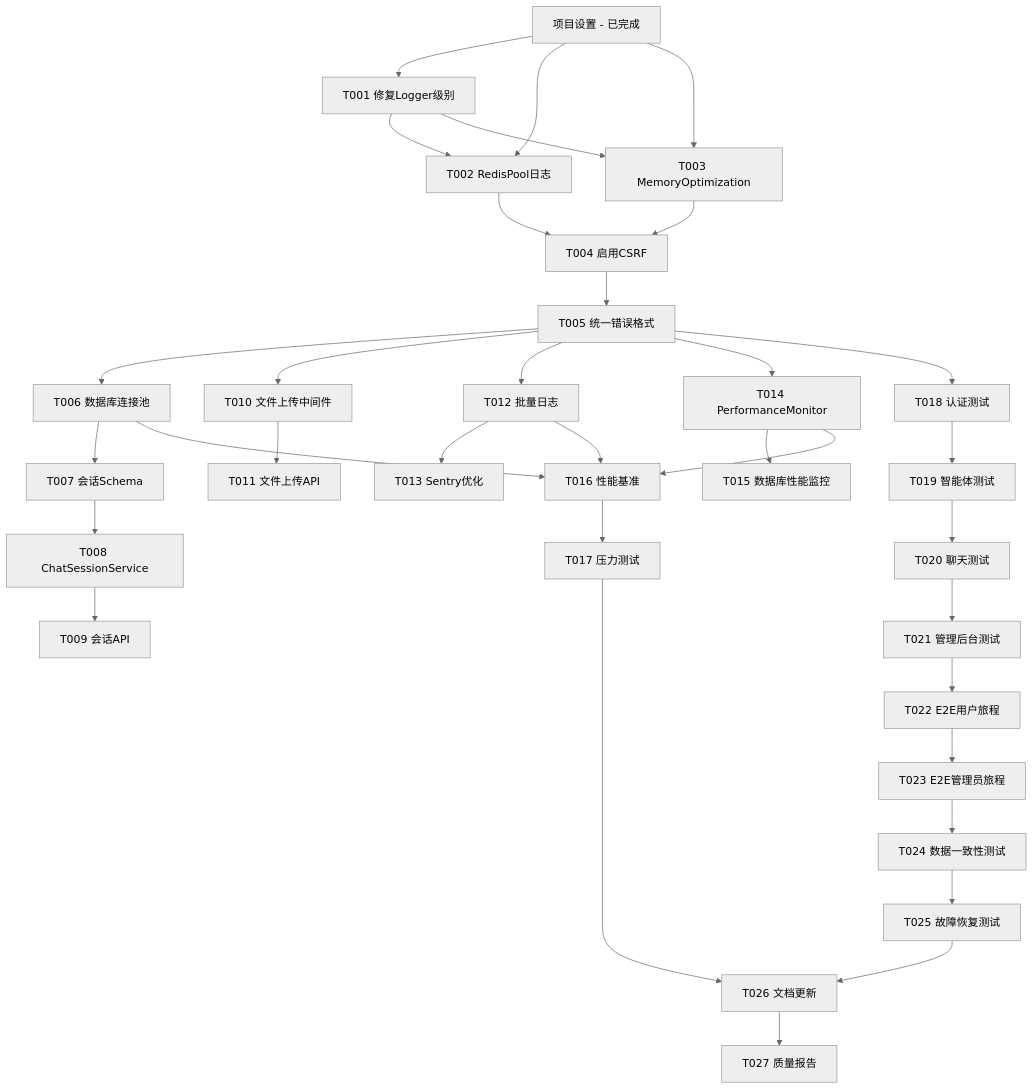
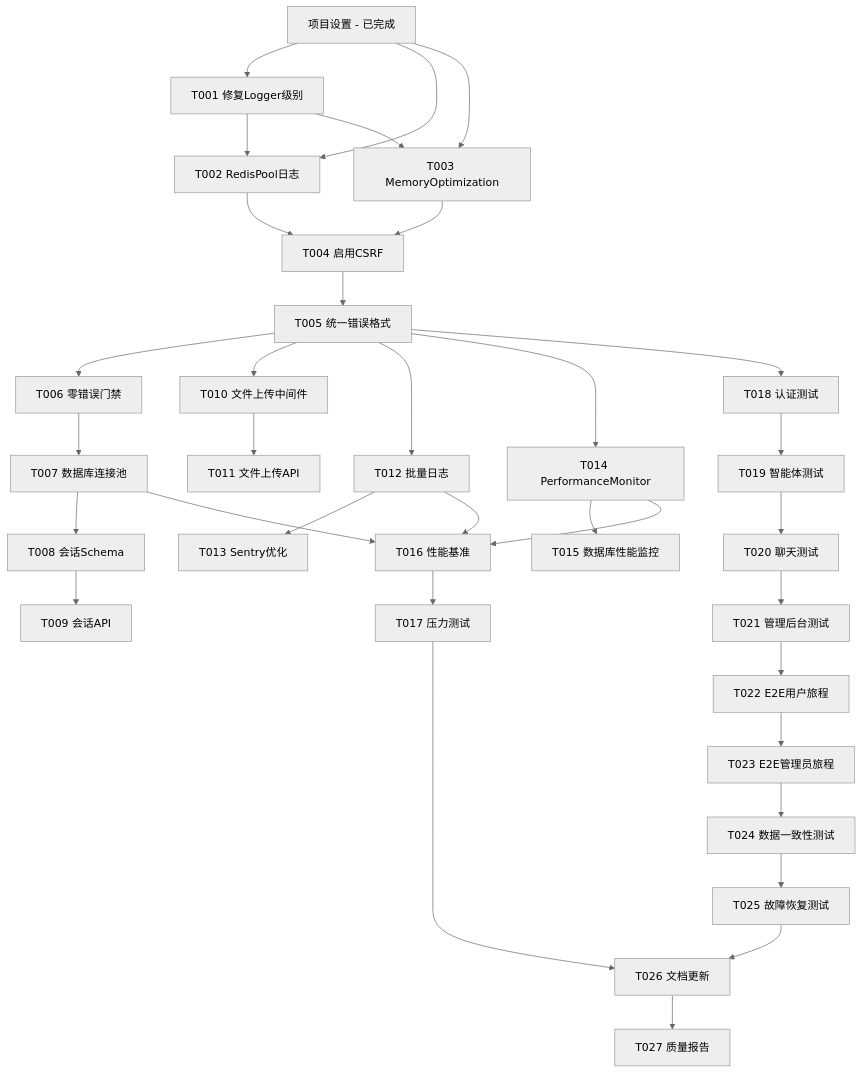
Before and after one commit to wilson323/llmchat: the diagram in docs/tasks.md, drawn with Mermaid (neutral theme). The commit also changed other lines of this file and 3 other files, not shown here.

````diff
--- a/docs/tasks.md
+++ b/docs/tasks.md
@@ -1299,44 +1370,44 @@
 ```mermaid
 graph TD
     Setup[项目设置 - 已完成] --> T001[T001 修复Logger级别]
     Setup --> T002[T002 RedisPool日志]
     Setup --> T003[T003 MemoryOptimization]
     
     T001 --> T002
     T001 --> T003
     T002 --> T004[T004 启用CSRF]
     T003 --> T004
     T004 --> T005[T005 统一错误格式]
+    T005 --> T006[T006 零错误门禁]
     
-    T005 --> T006[T006 数据库连接池]
-    T006 --> T007[T007 会话Schema]
-    T007 --> T008[T008 ChatSessionService]
+    T006 --> T007[T007 数据库连接池]
+    T007 --> T008[T008 会话Schema]
     T008 --> T009[T009 会话API]
     
     T005 --> T010[T010 文件上传中间件]
     T010 --> T011[T011 文件上传API]
     
     T005 --> T012[T012 批量日志]
     T012 --> T013[T013 Sentry优化]
     
     T005 --> T014[T014 PerformanceMonitor]
     T014 --> T015[T015 数据库性能监控]
     
-    T006 --> T016[T016 性能基准]
+    T007 --> T016[T016 性能基准]
     T012 --> T016
     T014 --> T016
     T016 --> T017[T017 压力测试]
     
     T005 --> T018[T018 认证测试]
     T018 --> T019[T019 智能体测试]
     T019 --> T020[T020 聊天测试]
     T020 --> T021[T021 管理后台测试]
     T021 --> T022[T022 E2E用户旅程]
     T022 --> T023[T023 E2E管理员旅程]
     T023 --> T024[T024 数据一致性测试]
     T024 --> T025[T025 故障恢复测试]
     
     T017 --> T026[T026 文档更新]
     T025 --> T026
     T026 --> T027[T027 质量报告]
 ```
````
